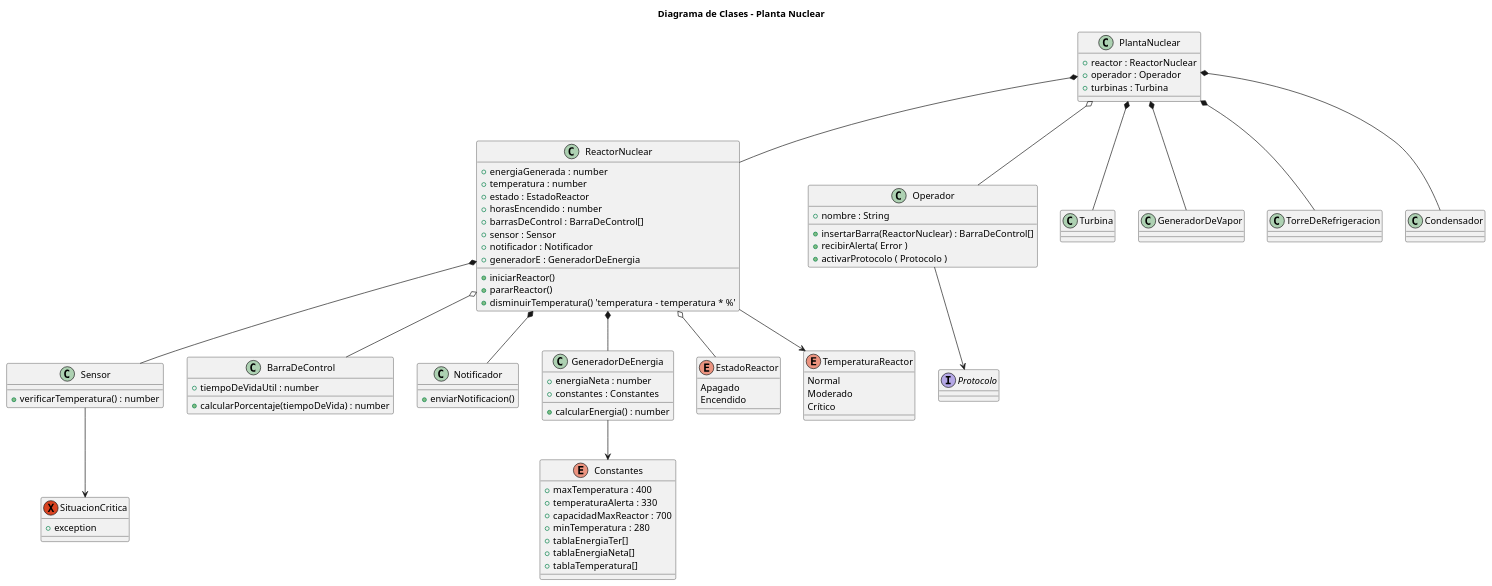
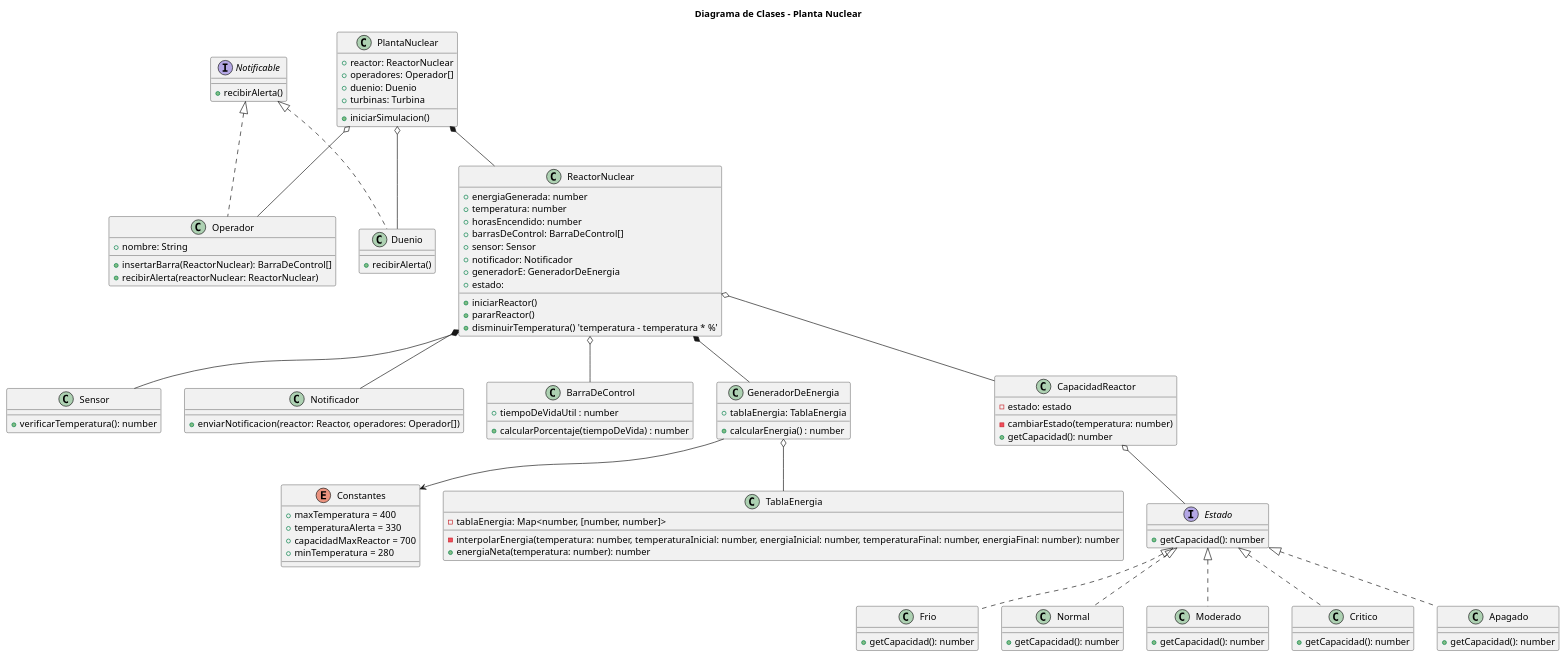
One commit to AndresRabbione/TPBackup changed the diagram in src/diagramas/diagrama_de_clases_principal.puml. Above: the diagram before and after it, drawn with PlantUML.

Commit message:
Modificando diagrama de clases para adaptarse a patrones

```diff
--- a/src/diagramas/diagrama_de_clases_principal.puml
+++ b/src/diagramas/diagrama_de_clases_principal.puml
@@ -1,123 +1,132 @@
 @startuml Planta Nuclear
 title Diagrama de Clases - Planta Nuclear
 
-class PlantaNuclear {
-    + reactor : ReactorNuclear
-    + operador : Operador
-    + turbinas : Turbina
+interface Notificable {
+    + recibirAlerta()
 }
 
+class Duenio implements Notificable {
+    + recibirAlerta()
+}
+
+class Operador implements Notificable {
+    + nombre: String
+
+    + insertarBarra(ReactorNuclear): BarraDeControl[]
+    + recibirAlerta(reactorNuclear: ReactorNuclear)
+}
+
+'class RegistroDeInformacion {}
+
+class PlantaNuclear {
+    + reactor: ReactorNuclear
+    + operadores: Operador[]
+    + duenio: Duenio
+    + turbinas: Turbina
+
+    + iniciarSimulacion()
+}
+
+'singleton
 class ReactorNuclear {
-    + energiaGenerada : number
-    + temperatura : number
-    + estado : EstadoReactor
-    + horasEncendido : number
-    + barrasDeControl : BarraDeControl[]
-    + sensor : Sensor
-    + notificador : Notificador
-    + generadorE : GeneradorDeEnergia
+    + energiaGenerada: number
+    + temperatura: number
+    + horasEncendido: number
+    + barrasDeControl: BarraDeControl[]
+    + sensor: Sensor
+    + notificador: Notificador
+    + generadorE: GeneradorDeEnergia
+    + estado: 
 
     + iniciarReactor()
     + pararReactor()
     + disminuirTemperatura() 'temperatura - temperatura * %'
 }
 
-class Operador {
-    + nombre : String
-
-    + insertarBarra(ReactorNuclear) : BarraDeControl[]
-    + recibirAlerta( Error )
-    + activarProtocolo ( Protocolo )
+class Sensor {
+    + verificarTemperatura(): number
 }
 
-interface Protocolo { 
-}
-
-class Sensor {
-
-    + verificarTemperatura() : number
-}
-
-class Turbina {
-
+class Notificador {
+    + enviarNotificacion(reactor: Reactor, operadores: Operador[]) 
 }
 
 class BarraDeControl {
     + tiempoDeVidaUtil : number
     
-
     + calcularPorcentaje(tiempoDeVida) : number
 }
 
-exception SituacionCritica {
-    + exception
-}
-
-class Notificador {
-
-    + enviarNotificacion() 
-}
-
 class GeneradorDeEnergia {
-    + energiaNeta : number
-    + constantes : Constantes
+    + tablaEnergia: TablaEnergia
     
     + calcularEnergia() : number
 }
 
-class GeneradorDeVapor {
+class TablaEnergia {
+    - tablaEnergia: Map<number, [number, number]>
 
+    - interpolarEnergia(temperatura: number, temperaturaInicial: number, energiaInicial: number, temperaturaFinal: number, energiaFinal: number): number
+    + energiaNeta(temperatura: number): number
 }
 
-class TorreDeRefrigeracion{
+class CapacidadReactor {
+    - estado: estado
 
+    - cambiarEstado(temperatura: number)
+    + getCapacidad(): number
 }
 
-class Condensador {
+Interface Estado {
+    + getCapacidad(): number
+}
 
+class Frio implements Estado {
+    + getCapacidad(): number
+}
+
+class Normal implements Estado {
+    + getCapacidad(): number
+}
+
+class Moderado implements Estado {
+    + getCapacidad(): number
+}
+
+class Critico implements Estado {
+    + getCapacidad(): number
+}
+
+class Apagado implements Estado {
+    + getCapacidad(): number
 }
 
 enum Constantes {
-    + maxTemperatura : 400
-    + temperaturaAlerta : 330
-    + capacidadMaxReactor : 700
-    + minTemperatura : 280
-    + tablaEnergiaTer[]
-    + tablaEnergiaNeta[]
-    + tablaTemperatura[]
-}
-
-enum EstadoReactor {
-    Apagado
-    Encendido
-}
-
-enum TemperaturaReactor {
-    Normal
-    Moderado
-    Crítico
+    + maxTemperatura = 400
+    + temperaturaAlerta = 330
+    + capacidadMaxReactor = 700
+    + minTemperatura = 280
 }
 
 PlantaNuclear o-- Operador
+PlantaNuclear o-- Duenio
 PlantaNuclear *-- ReactorNuclear
-PlantaNuclear *-- Turbina
-PlantaNuclear *-- GeneradorDeVapor
-PlantaNuclear *--  TorreDeRefrigeracion
-PlantaNuclear *--  Condensador
 
-ReactorNuclear o-- EstadoReactor
 ReactorNuclear *-- Sensor
 ReactorNuclear *-- Notificador
 ReactorNuclear *-- GeneradorDeEnergia
 ReactorNuclear o-- BarraDeControl
-ReactorNuclear --> TemperaturaReactor
+ReactorNuclear o-- CapacidadReactor
 
-Operador --> Protocolo
-Sensor --> SituacionCritica
+CapacidadReactor o-- Estado
+
+GeneradorDeEnergia o-- TablaEnergia
+
 GeneradorDeEnergia --> Constantes
 
 
 
 'Preguntas: ¿Como aumenta la temperatura del reactor? ¿Sola? ¿Lo simulamos?
+'Como delegamos las responsabilidades de los Operadores
 
 @enduml
```
